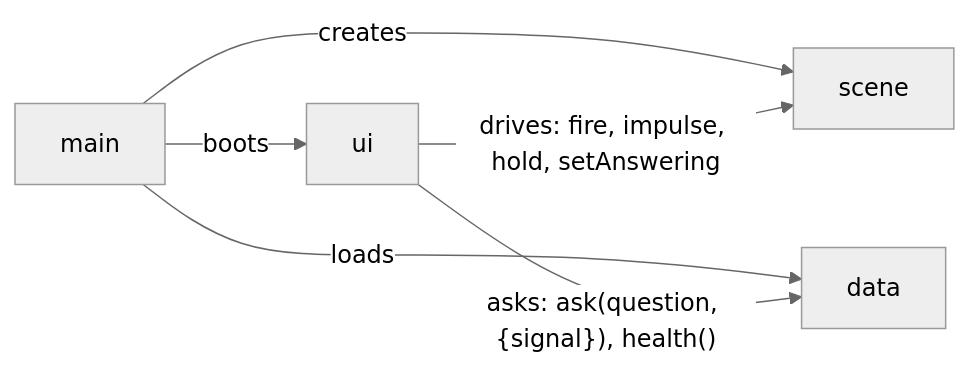
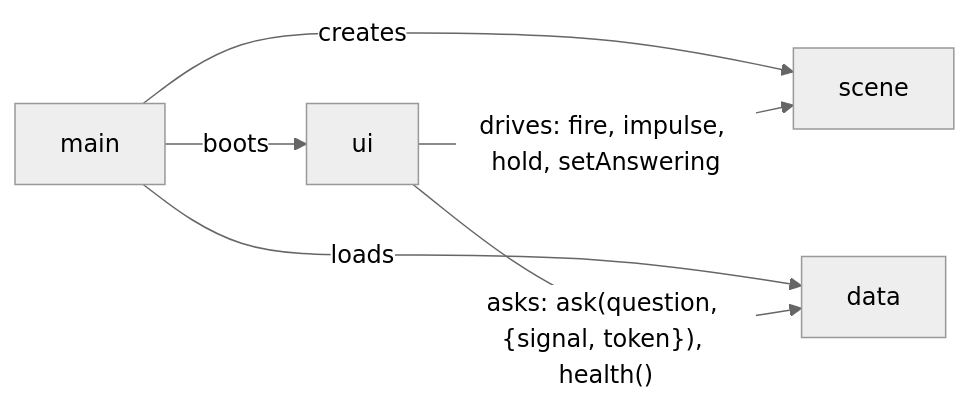
One commit to andrezorzo/zorzo-site changed the diagram in docs/lld.md. Above: the diagram before and after it, drawn with Mermaid (neutral theme). The commit also changed other lines of this file and 14 other files, not shown here.

````diff
--- a/docs/lld.md
+++ b/docs/lld.md
@@ -50,8 +53,8 @@
 ```mermaid
 flowchart LR
     main -- "boots" --> ui
     main -- "creates" --> scene
     main -- "loads" --> data
     ui -- "drives: fire, impulse, hold, setAnswering" --> scene
-    ui -- "asks: ask(question, {signal}), health()" --> data
+    ui -- "asks: ask(question, {signal, token}), health()" --> data
 ```
````
